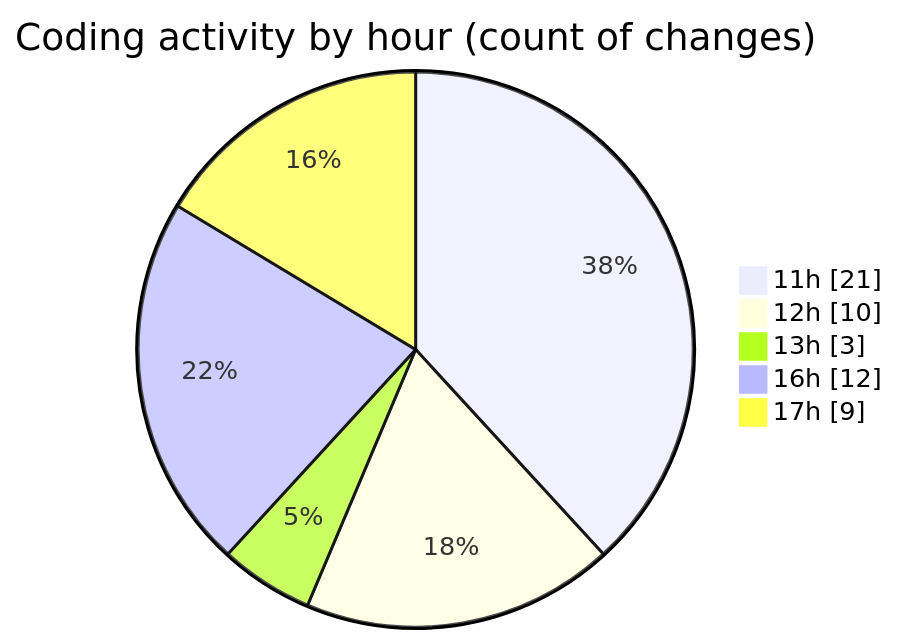
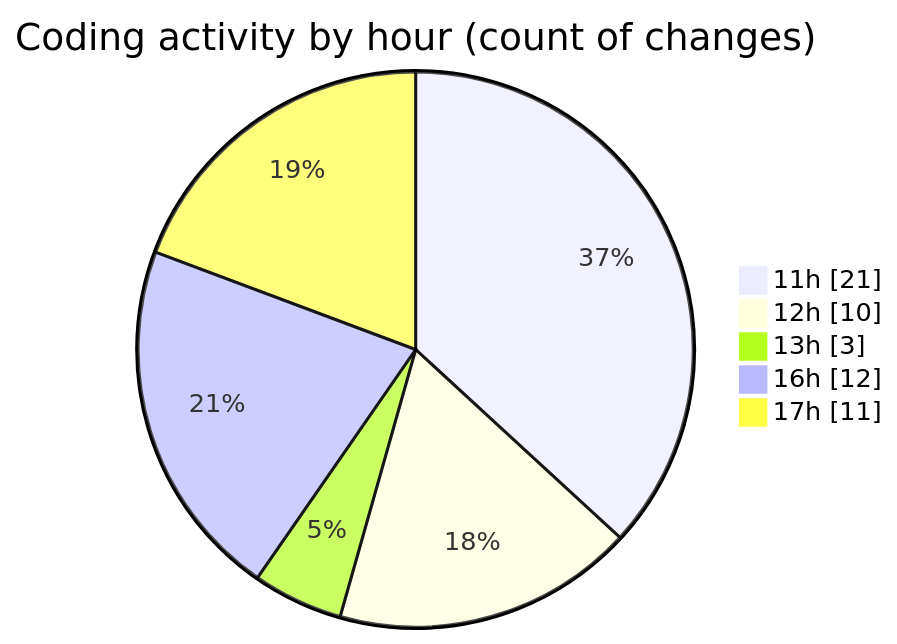
Before and after one commit to momahboobian/code-tracking: the second of 2 diagrams in 2026-01-13/cda/README.md, drawn with Mermaid. The commit also changed other lines of this file and 1 other file, not shown here.

````diff
--- a/2026-01-13/cda/README.md
+++ b/2026-01-13/cda/README.md
@@ -38,9 +40,9 @@
 ```mermaid
 pie showData
 title Coding activity by hour (count of changes)
 "11h" : 21
 "12h" : 10
 "13h" : 3
 "16h" : 12
-"17h" : 9
+"17h" : 11
 ```
````
